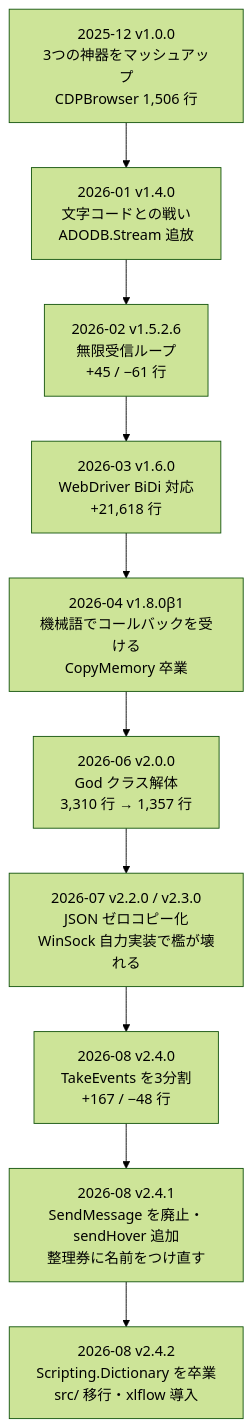
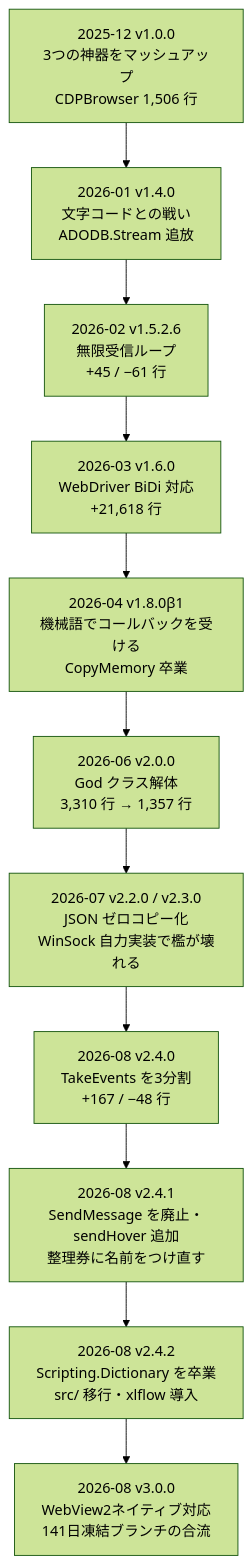
Before and after one commit to Eschamali/StarterWebScrapingKit: the diagram in docs/stories/birth-story.md, drawn with Mermaid (forest theme). The commit also changed other lines of this file and 9 other files, not shown here.

````diff
--- a/docs/stories/birth-story.md
+++ b/docs/stories/birth-story.md
@@ -774,14 +876,15 @@
 ```mermaid
 flowchart TB
   a["2025-12 v1.0.0<br/>3つの神器をマッシュアップ<br/>CDPBrowser 1,506 行"]
   b["2026-01 v1.4.0<br/>文字コードとの戦い<br/>ADODB.Stream 追放"]
   c["2026-02 v1.5.2.6<br/>無限受信ループ<br/>+45 / −61 行"]
   d["2026-03 v1.6.0<br/>WebDriver BiDi 対応<br/>+21,618 行"]
   e["2026-04 v1.8.0β1<br/>機械語でコールバックを受ける<br/>CopyMemory 卒業"]
   f["2026-06 v2.0.0<br/>God クラス解体<br/>3,310 行 → 1,357 行"]
   g["2026-07 v2.2.0 / v2.3.0<br/>JSON ゼロコピー化<br/>WinSock 自力実装で檻が壊れる"]
   h["2026-08 v2.4.0<br/>TakeEvents を3分割<br/>+167 / −48 行"]
   i["2026-08 v2.4.1<br/>SendMessage を廃止・sendHover 追加<br/>整理券に名前をつけ直す"]
   j["2026-08 v2.4.2<br/>Scripting.Dictionary を卒業<br/>src/ 移行・xlflow 導入"]
-  a --> b --> c --> d --> e --> f --> g --> h --> i --> j
+  k["2026-08 v3.0.0<br/>WebView2ネイティブ対応<br/>141日凍結ブランチの合流"]
+  a --> b --> c --> d --> e --> f --> g --> h --> i --> j --> k
 ```
````
